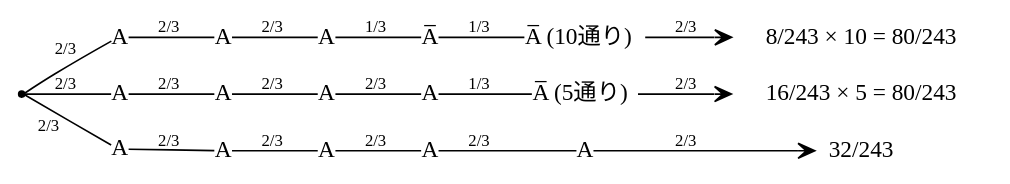
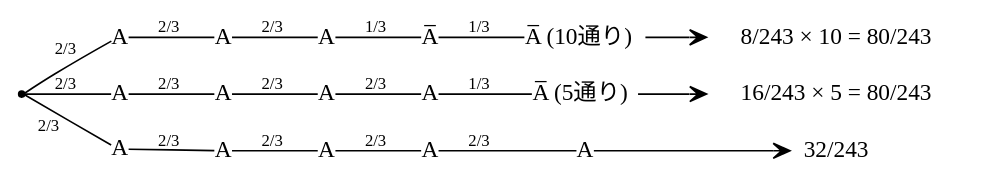
The diagram in problem1.dot (daiki-kaneda/problem_graph), drawn with Graphviz before and after one commit. The commit also changed 4 other files, not shown here.

```diff
--- a/problem1.dot
+++ b/problem1.dot
@@ -1,53 +1,53 @@
 digraph problem1 {
     rankdir = LR; // 左から右のレイアウトを指定
 
     // ダミーノード
     ""[shape=point];
 
     // ノードのスタイル設定
     node[shape=plain];
 
     // ノードの定義
     node1 [label="A"];
     node2 [label="A"];
     node3 [label="A"];
     node4 [label="A"];
     node5 [label="A"];
     node6 [label="A"];
     node7 [label="A"];
     node8 [label="A"];
     node9 [label="A"];
     node10 [label="A"];
     node11 [label="A"];
     node12 [label="A"];
     node13 [label=<A&#x0305; (10通り)>];
     node14 [label=<A&#x0305; (5通り)>];
     node15 [label=<A&#x0305;>];
     node16 [label=" 32/243"];
     node17 [label=" 8/243 × 10 = 80/243"];
     node18 [label=" 16/243 × 5 = 80/243"];
     // エッジの定義（有向）
     "" -> node1 [label=<<font point-size="10" color="black">2/3</font>>, arrowhead=none];
     "" -> node2 [label=<<font point-size="10" color="black">2/3</font>>, arrowhead=none];
     "" -> node3 [xlabel=<<font point-size="10" color="black">2/3</font>>, arrowhead=none];
 
     node1 -> node4 [label=<<font point-size="10" color="black">2/3</font>>, arrowhead=none];
     node2 -> node5 [label=<<font point-size="10" color="black">2/3</font>>, arrowhead=none];
     node3 -> node6 [label=<<font point-size="10" color="black">2/3</font>>, arrowhead=none];
 
     node4 -> node7 [label=<<font point-size="10" color="black">2/3</font>>, arrowhead=none];
     node5 -> node8 [label=<<font point-size="10" color="black">2/3</font>>, arrowhead=none];
     node6 -> node9 [label=<<font point-size="10" color="black">2/3</font>>, arrowhead=none];
 
     node7 -> node15 [label=<<font point-size="10" color="black">1/3</font>>, arrowhead=none];
     node8 -> node11 [label=<<font point-size="10" color="black">2/3</font>>, arrowhead=none];
     node9 -> node12 [label=<<font point-size="10" color="black">2/3</font>>, arrowhead=none];
 
     node15 -> node13 [label=<<font point-size="10" color="black">1/3</font>>, arrowhead=none];
     node11 -> node14 [label=<<font point-size="10" color="black">1/3</font>>, arrowhead=none];
     node12 -> node10 [label=<<font point-size="10" color="black">2/3</font>>, arrowhead=none];
 
-    node10 -> node16 [label=<<font point-size="10" color="black">2/3</font>>, arrowhead=vee];
-    node13 -> node17 [label=<<font point-size="10" color="black">2/3</font>>, arrowhead=vee];
-    node14 -> node18 [label=<<font point-size="10" color="black">2/3</font>>, arrowhead=vee];
+    node10 -> node16 [arrowhead=vee];
+    node13 -> node17 [arrowhead=vee];
+    node14 -> node18 [arrowhead=vee];
 }
```
